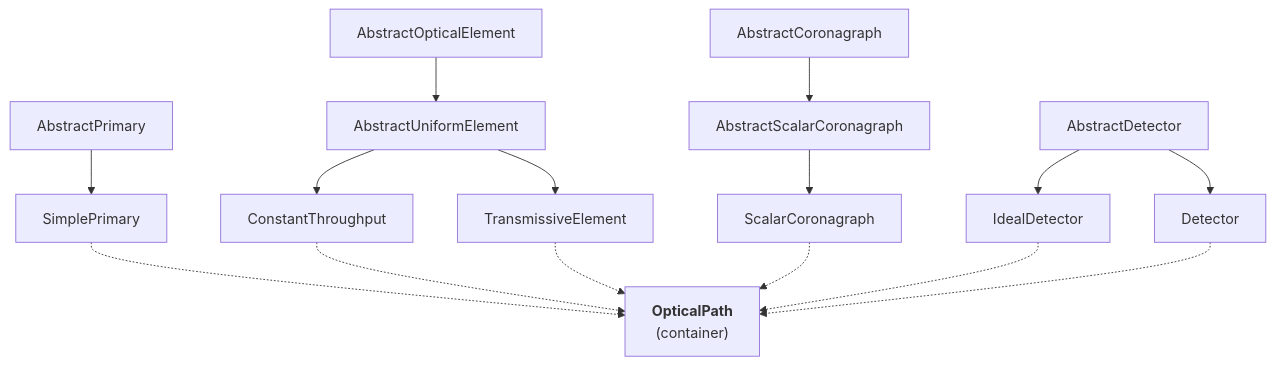
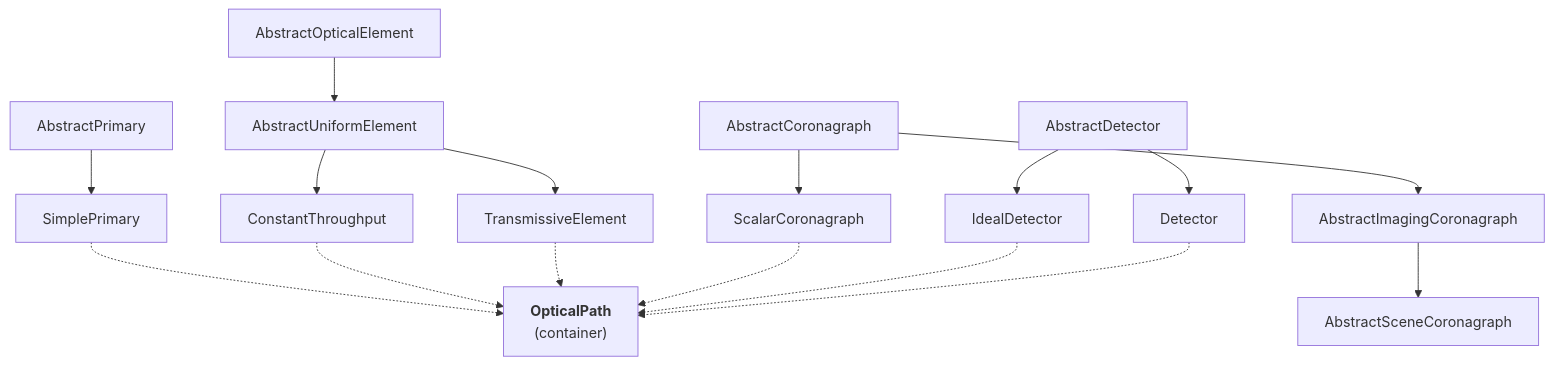
Before and after one commit to CoreySpohn/optixstuff: the diagram in docs/explanation/architecture.md, drawn with Mermaid. The commit also changed other lines of this file and 8 other files, not shown here.

Commit message:
feat!: split the coronagraph contract into performance, imaging and scene capabilities with named sky responses

````diff
--- a/docs/explanation/architecture.md
+++ b/docs/explanation/architecture.md
@@ -32,32 +32,34 @@
 ```mermaid
 flowchart TB
     AOE[AbstractOpticalElement]
     AUE[AbstractUniformElement]
     CT[ConstantThroughput]
     ST[TransmissiveElement]
     AP[AbstractPrimary]
     SP[SimplePrimary]
     AC[AbstractCoronagraph]
-    ASC[AbstractScalarCoronagraph]
+    IMG[AbstractImagingCoronagraph]
+    SCENE[AbstractSceneCoronagraph]
     SC[ScalarCoronagraph]
     AD[AbstractDetector]
     ID[IdealDetector]
     D[Detector]
     OP["<b>OpticalPath</b><br/>(container)"]
 
     AOE --> AUE
     AUE --> CT
     AUE --> ST
     AP --> SP
-    AC --> ASC
-    ASC --> SC
+    AC --> SC
+    AC --> IMG
+    IMG --> SCENE
     AD --> ID
     AD --> D
 
     SP -.-> OP
     CT -.-> OP
     ST -.-> OP
     SC -.-> OP
     ID -.-> OP
     D -.-> OP
 ```
````
